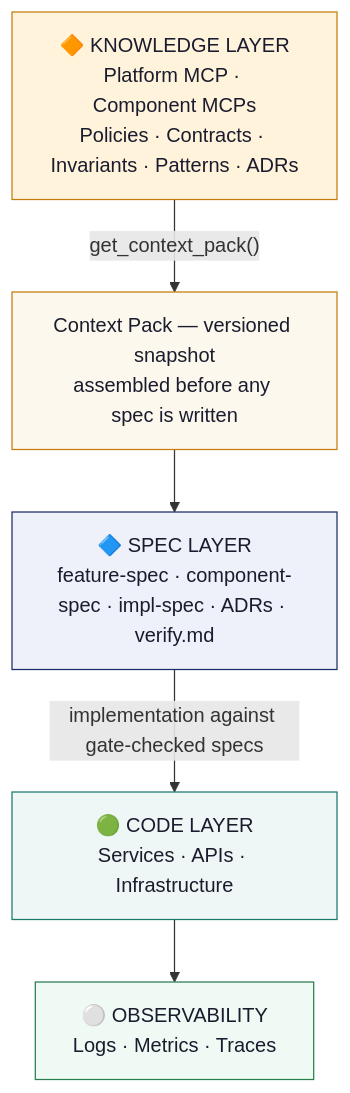
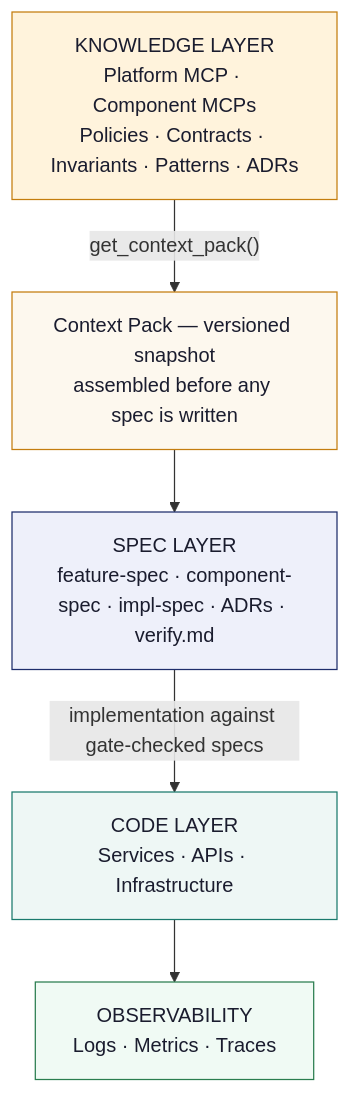
Before and after one commit to javierhbr/agnostic-agent-loop: the first of 3 diagrams in docs/sdd-mcp/operation model/one-pager-01.md, drawn with Mermaid. The commit also changed other lines of this file and 62 other files, not shown here.

````diff
--- a/docs/sdd-mcp/operation model/one-pager-01.md
+++ b/docs/sdd-mcp/operation model/one-pager-01.md
@@ -60,19 +74,19 @@
 ```mermaid
 flowchart TD
-    KL["🔶 KNOWLEDGE LAYER\nPlatform MCP · Component MCPs\nPolicies · Contracts · Invariants · Patterns · ADRs"]
+    KL["KNOWLEDGE LAYER\nPlatform MCP · Component MCPs\nPolicies · Contracts · Invariants · Patterns · ADRs"]
     CP["Context Pack — versioned snapshot\nassembled before any spec is written"]
-    SL["🔷 SPEC LAYER\nfeature-spec · component-spec · impl-spec · ADRs · verify.md"]
-    CL["🟢 CODE LAYER\nServices · APIs · Infrastructure"]
-    OL["⚪ OBSERVABILITY\nLogs · Metrics · Traces"]
+    SL["SPEC LAYER\nfeature-spec · component-spec · impl-spec · ADRs · verify.md"]
+    CL["CODE LAYER\nServices · APIs · Infrastructure"]
+    OL["OBSERVABILITY\nLogs · Metrics · Traces"]
 
     KL -->|"get_context_pack()"| CP
     CP --> SL
     SL -->|"implementation against gate-checked specs"| CL
     CL --> OL
 
     style KL fill:#fff3dc,stroke:#c47d0e,color:#1a1c2e
     style CP fill:#fdf8ee,stroke:#c47d0e,color:#1a1c2e
     style SL fill:#eef0fa,stroke:#1e2d6b,color:#1a1c2e
     style CL fill:#eef7f5,stroke:#1a7a6d,color:#1a1c2e
     style OL fill:#f0faf4,stroke:#2a7d4f,color:#1a1c2e
 ```
````
